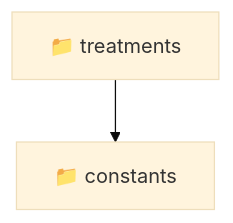
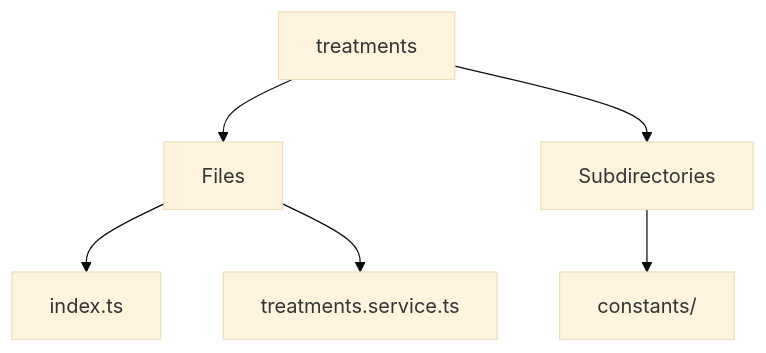
The diagram in frontend/src/entities/treatments/README.md (beginwebdev2002/fullstack-mavluda), drawn with Mermaid (base theme) before and after one commit. The commit also changed other lines of this file and 167 other files, not shown here.

````diff
--- a/frontend/src/entities/treatments/README.md
+++ b/frontend/src/entities/treatments/README.md
@@ -11,5 +14,8 @@
 ```mermaid
 graph TD
-  treatments["📁 treatments"]
-  treatments --> constants["📁 constants"]
+  treatments --> Files
+  Files --> index_ts[index.ts]
+  Files --> treatments_service_ts[treatments.service.ts]
+  treatments --> Subdirectories
+  Subdirectories --> constants[constants/]
 ```
````
